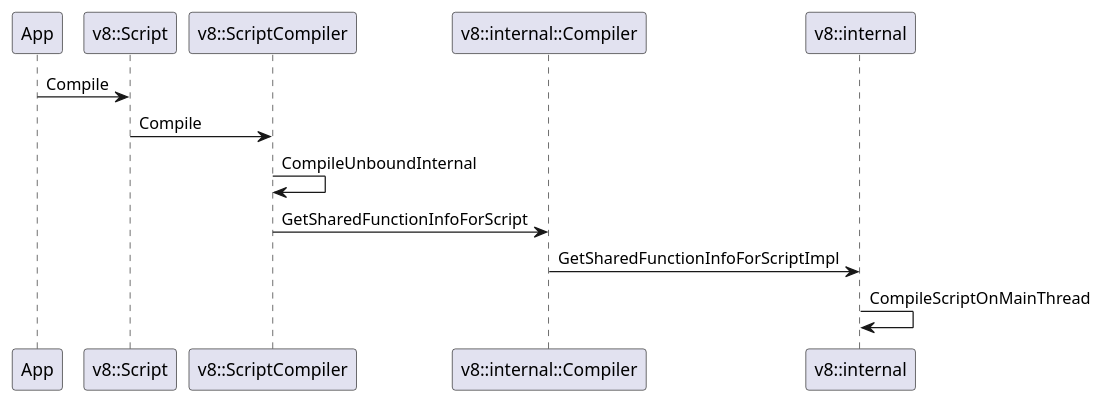
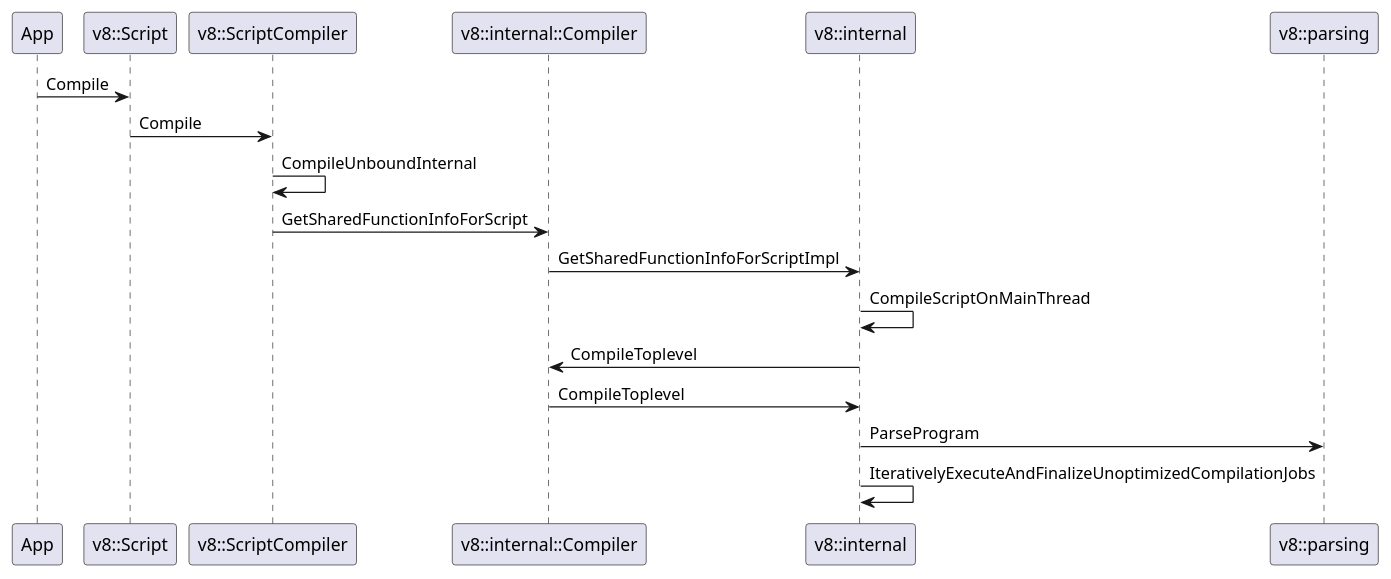
The diagram in docs/v8.puml (lusing/misc), drawn with PlantUML before and after one commit. The commit also changed 1 other file, not shown here.

```diff
--- a/docs/v8.puml
+++ b/docs/v8.puml
@@ -1,13 +1,18 @@
 @startuml
 participant App
 participant "v8::Script" as v8_script
 participant "v8::ScriptCompiler" as v8_scriptCompiler
 participant "v8::internal::Compiler" as internal_Compiler
 participant "v8::internal" as internal
+participant "v8::parsing" as parsing
 App -> v8_script : Compile
 v8_script -> v8_scriptCompiler : Compile
 v8_scriptCompiler -> v8_scriptCompiler : CompileUnboundInternal
 v8_scriptCompiler -> internal_Compiler : GetSharedFunctionInfoForScript
 internal_Compiler -> internal : GetSharedFunctionInfoForScriptImpl
 internal -> internal : CompileScriptOnMainThread
+internal -> internal_Compiler : CompileToplevel
+internal_Compiler -> internal : CompileToplevel
+internal -> parsing : ParseProgram
+internal -> internal : IterativelyExecuteAndFinalizeUnoptimizedCompilationJobs
 @enduml
```
